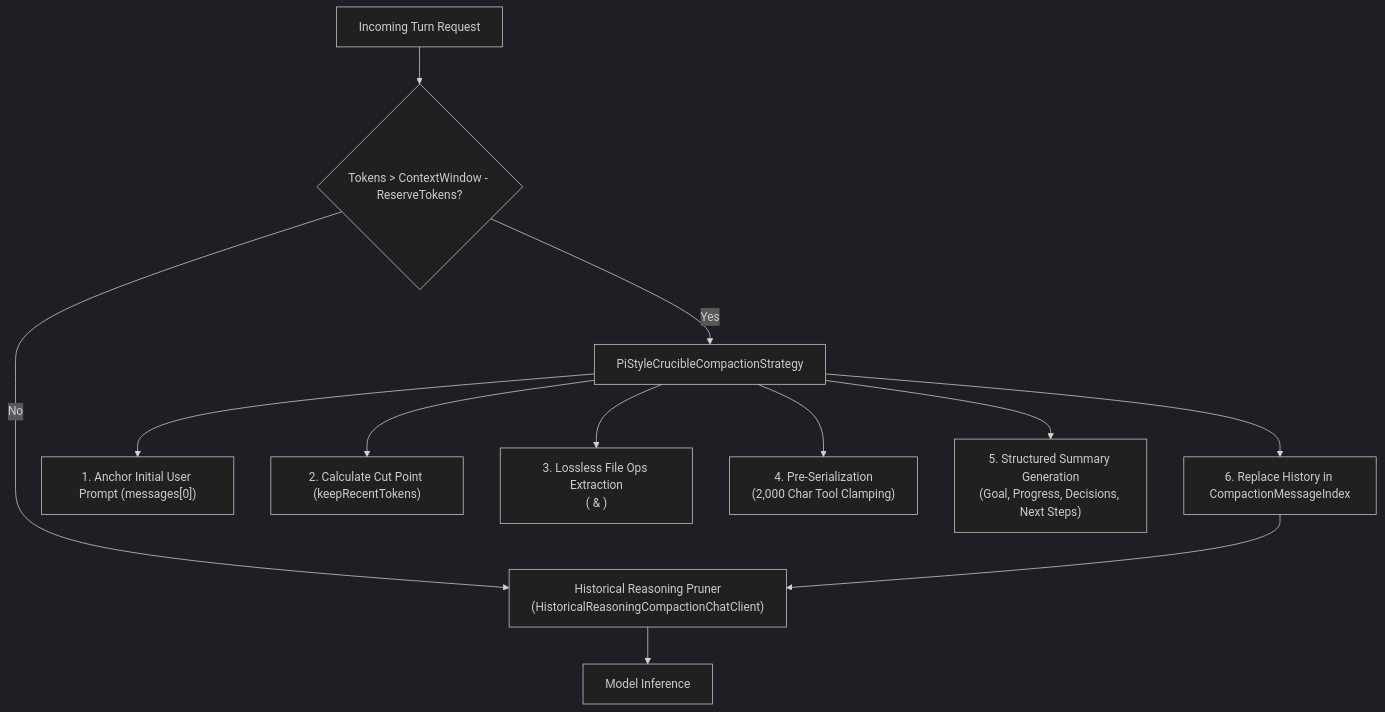
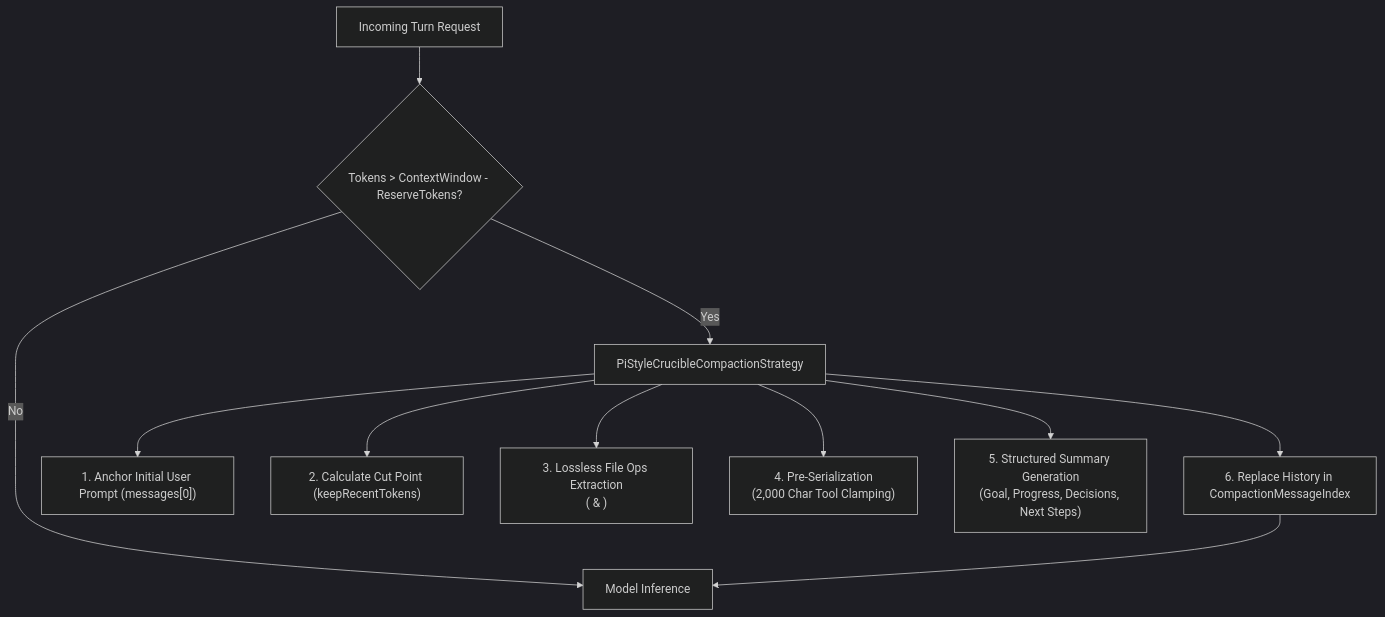
One commit to jetelain/NightCodeForge changed the fifth of 9 diagrams in docs/CRUCIBLE.md. Above: the diagram before and after it, drawn with Mermaid (dark theme). The commit also changed other lines of this file and 25 other files, not shown here.

````diff
--- a/docs/CRUCIBLE.md
+++ b/docs/CRUCIBLE.md
@@ -522,14 +522,13 @@
 ```mermaid
 flowchart TD
     TurnReq["Incoming Turn Request"] --> Check{"Tokens > ContextWindow - ReserveTokens?"}
-    Check -- No --> Pruner["Historical Reasoning Pruner\n(HistoricalReasoningCompactionChatClient)"]
-    Pruner --> Invocation["Model Inference"]
+    Check -- No --> Invocation["Model Inference"]
     Check -- Yes --> Strategy["PiStyleCrucibleCompactionStrategy"]
     Strategy --> Anchor["1. Anchor Initial User Prompt (messages[0])"]
     Strategy --> CutPoint["2. Calculate Cut Point (keepRecentTokens)"]
     Strategy --> FileOps["3. Lossless File Ops Extraction\n(<read-files> & <modified-files>)"]
     Strategy --> Clamp["4. Pre-Serialization\n(2,000 Char Tool Clamping)"]
     Strategy --> Summary["5. Structured Summary Generation\n(Goal, Progress, Decisions, Next Steps)"]
     Strategy --> Replace["6. Replace History in CompactionMessageIndex"]
-    Replace --> Pruner
+    Replace --> Invocation
 ```
````
